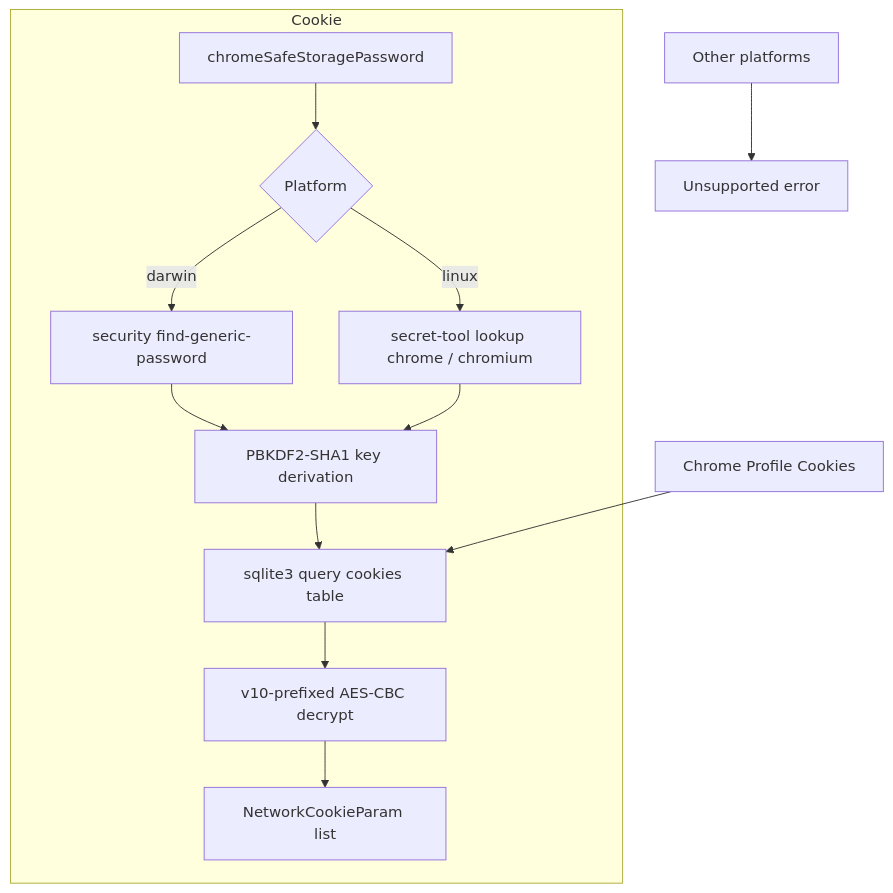
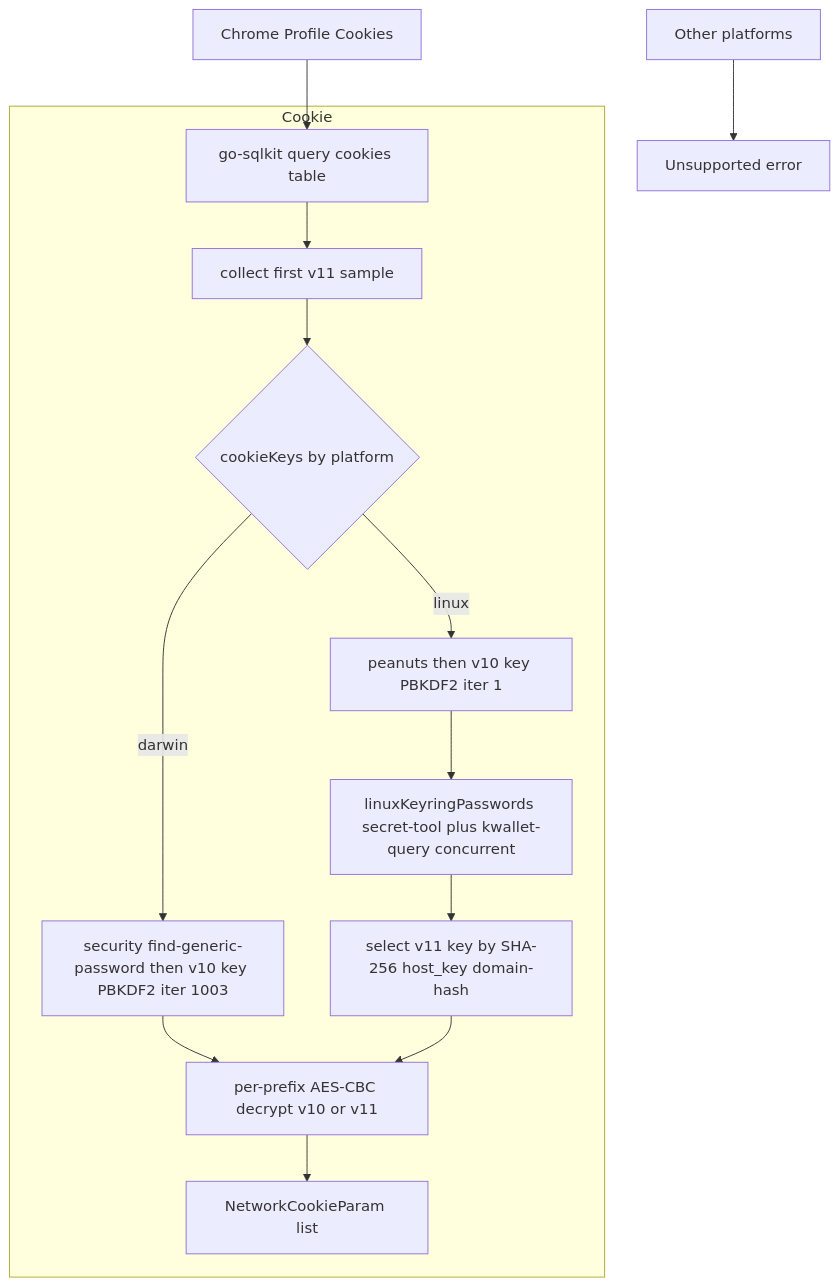
The fifth of 8 diagrams in doc/architecture.md (pardnchiu/go-browser), drawn with Mermaid before and after one commit. The commit also changed other lines of this file and 3 other files, not shown here.

Commit message:
doc: Sync cookie and SameSession docs for Linux v11 and go-sqlkit

````diff
--- a/doc/architecture.md
+++ b/doc/architecture.md
@@ -116,15 +116,16 @@
 ```mermaid
 graph TB
     subgraph Cookie
-        A[chromeSafeStoragePassword] --> B{Platform}
-        B -->|darwin| C[security find-generic-password]
-        B -->|linux| D[secret-tool lookup chrome / chromium]
-        C --> E[PBKDF2-SHA1 key derivation]
-        D --> E
-        E --> F[sqlite3 query cookies table]
-        F --> G[v10-prefixed AES-CBC decrypt]
-        G --> H[NetworkCookieParam list]
+        Q[go-sqlkit query cookies table] --> S[collect first v11 sample]
+        S --> K{cookieKeys by platform}
+        K -->|darwin| C[security find-generic-password then v10 key PBKDF2 iter 1003]
+        K -->|linux| L[peanuts then v10 key PBKDF2 iter 1]
+        L --> KR[linuxKeyringPasswords secret-tool plus kwallet-query concurrent]
+        KR --> M[select v11 key by SHA-256 host_key domain-hash]
+        C --> D[per-prefix AES-CBC decrypt v10 or v11]
+        M --> D
+        D --> H[NetworkCookieParam list]
     end
-    Profile[Chrome Profile Cookies] --> F
+    Profile[Chrome Profile Cookies] --> Q
     Other[Other platforms] --> Unsupported[Unsupported error]
 ```
````
